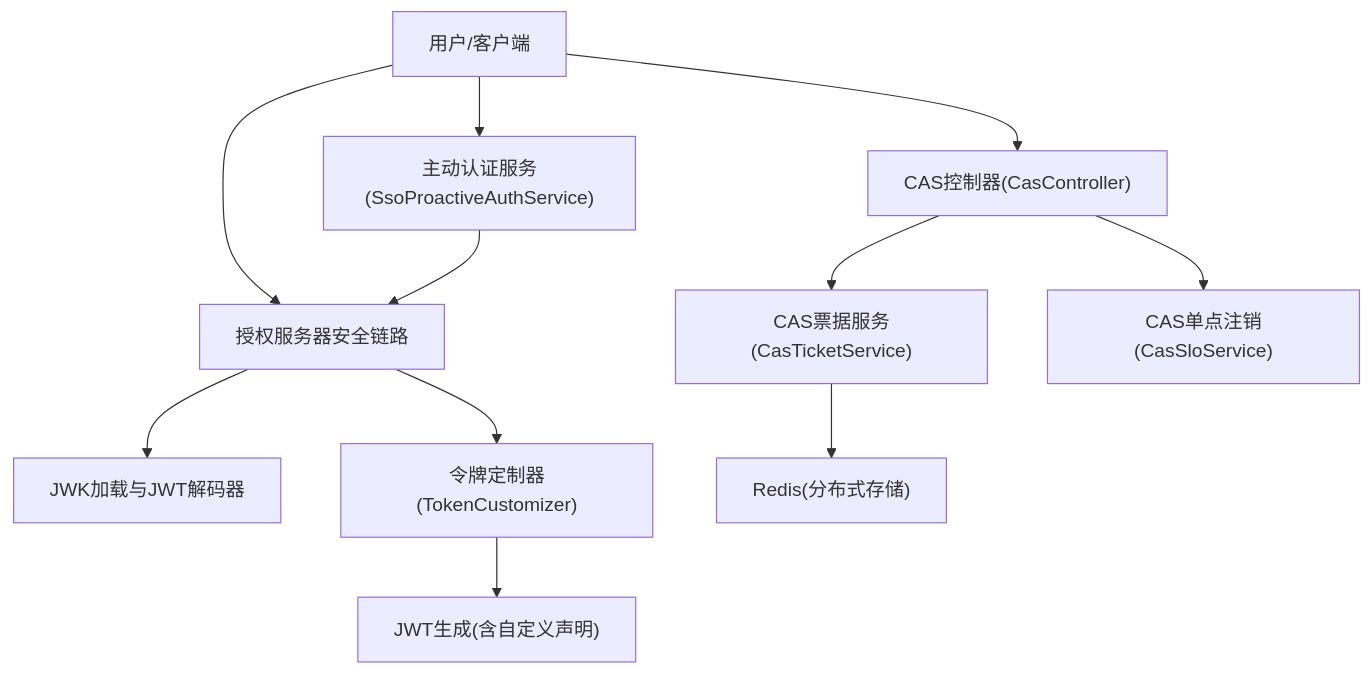
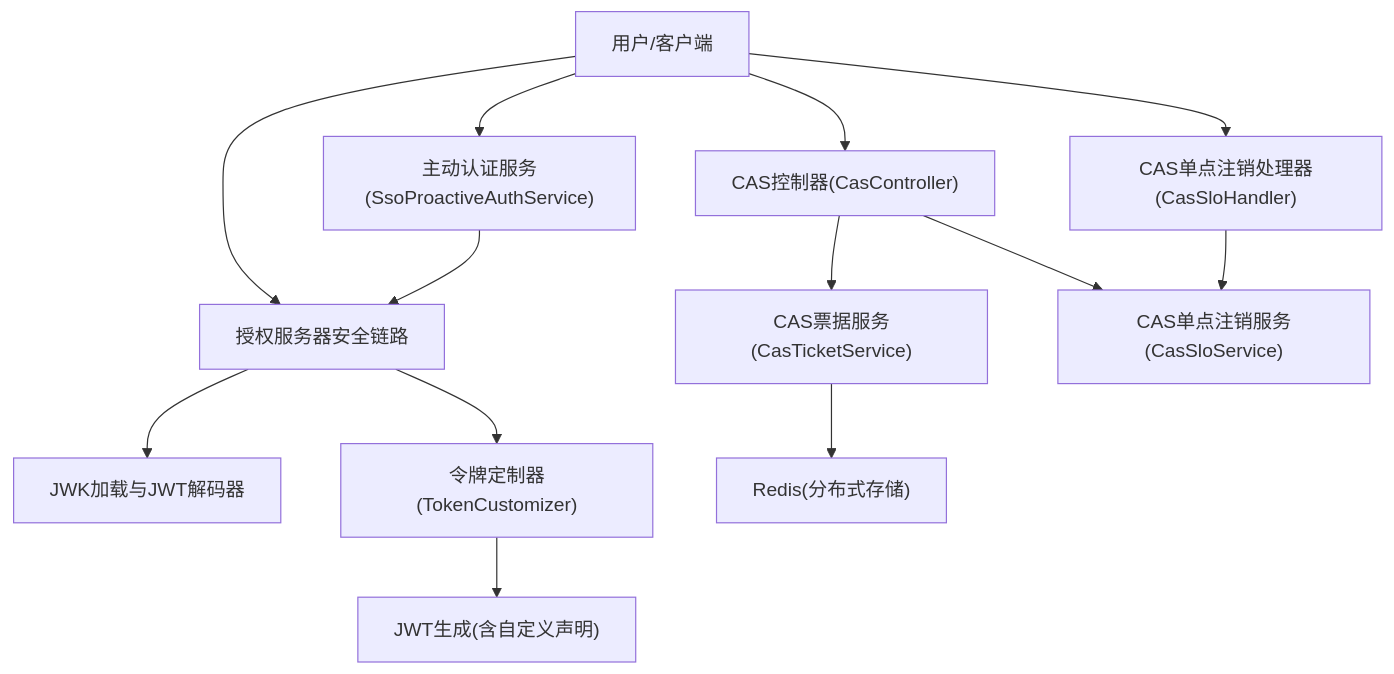
One commit to fq0121104930716/iam-platform changed the second of 8 diagrams in .qoder/repowiki/zh/content/认证与授权/令牌管理.md. Above: the diagram before and after it, drawn with Mermaid. The commit also changed other lines of this file and 88 other files, not shown here.

````diff
--- a/.qoder/repowiki/zh/content/认证与授权/令牌管理.md
+++ b/.qoder/repowiki/zh/content/认证与授权/令牌管理.md
@@ -106,13 +131,15 @@
 ```mermaid
 graph TB
 U["用户/客户端"] --> AC["授权服务器安全链路"]
 AC --> JWK["JWK加载与JWT解码器"]
 AC --> TC["令牌定制器(TokenCustomizer)"]
 TC --> JWT["JWT生成(含自定义声明)"]
 U --> CC["CAS控制器(CasController)"]
 CC --> CT["CAS票据服务(CasTicketService)"]
 CT --> R["Redis(分布式存储)"]
-CC --> CS["CAS单点注销(CasSloService)"]
+CC --> CS["CAS单点注销服务(CasSloService)"]
+U --> CH["CAS单点注销处理器(CasSloHandler)"]
+CH --> CS
 U --> PA["主动认证服务(SsoProactiveAuthService)"]
 PA --> AC
 ```
````
